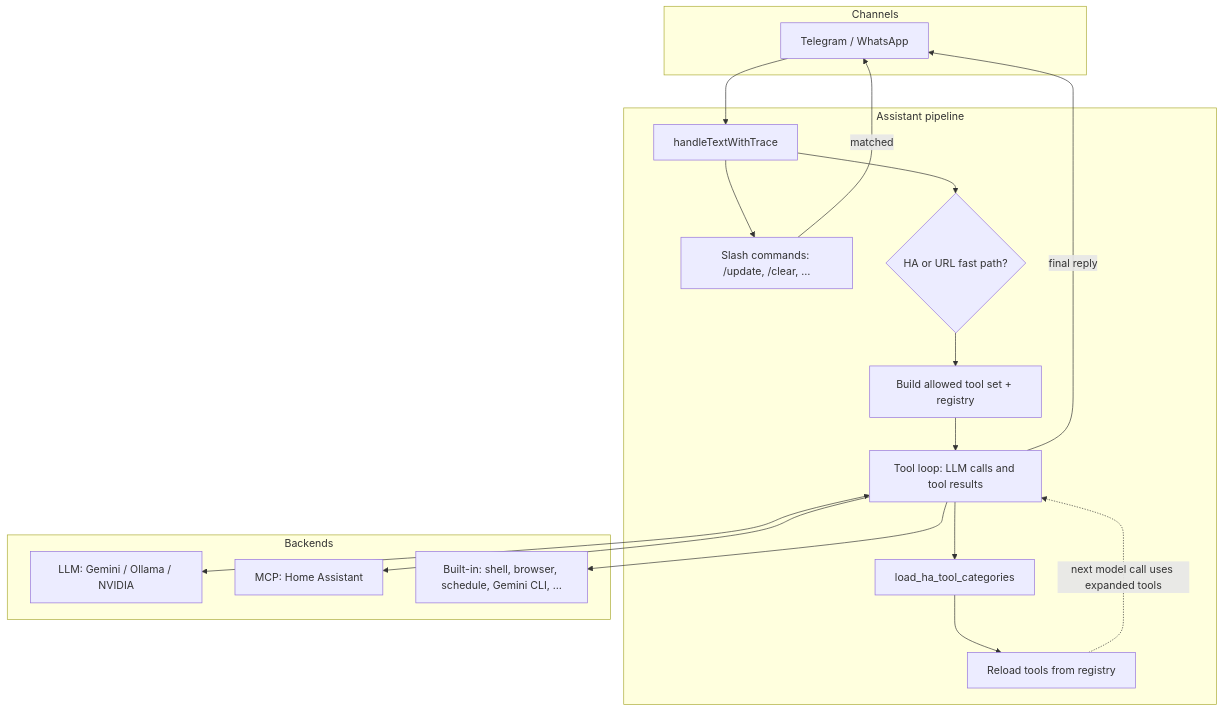
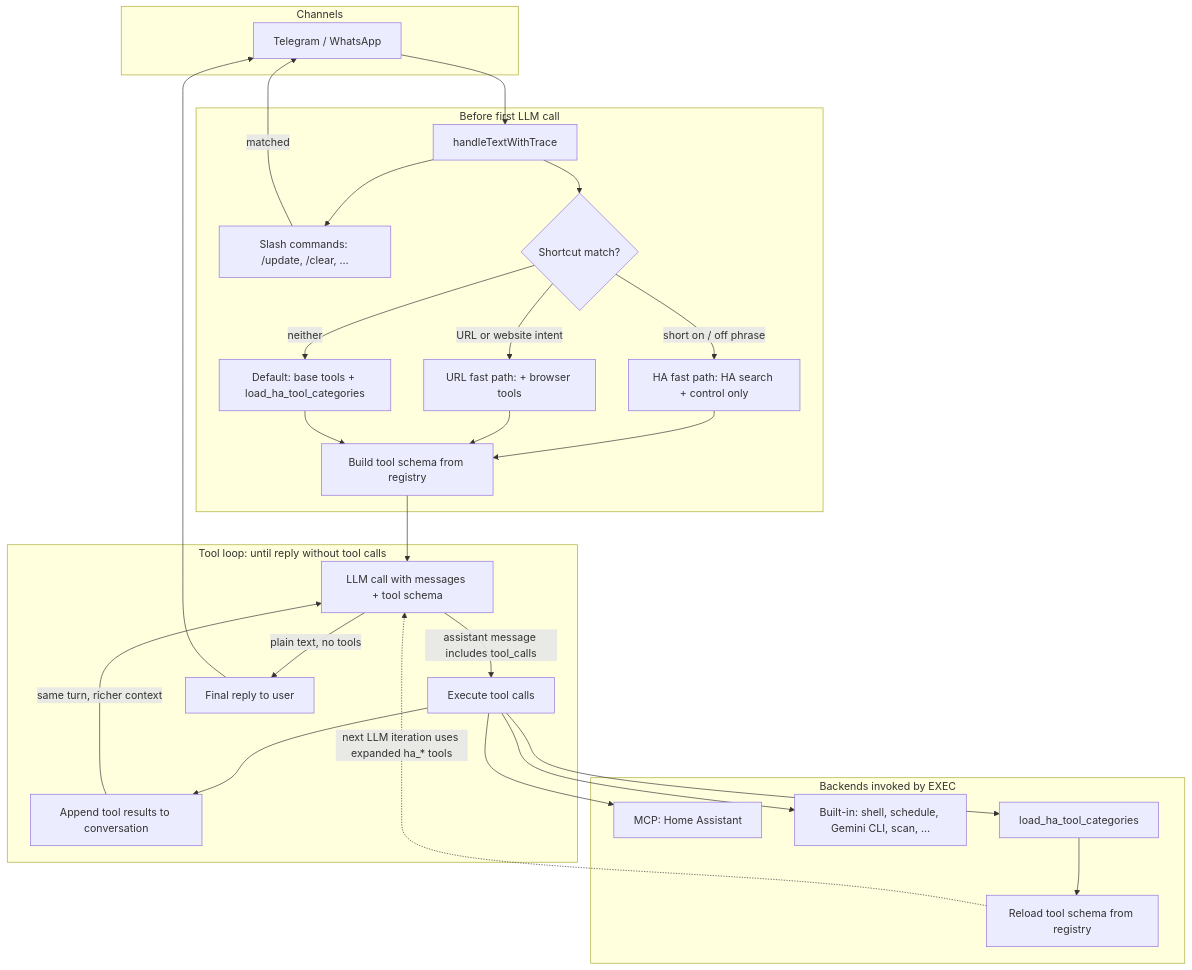
One commit to MaikUnglert/maikBot changed the diagram in README.md. Above: the diagram before and after it, drawn with Mermaid. The commit also changed other lines of this file, not shown here.

Commit message:
README architecture: clarify HA vs URL fast paths and tool-result loop
- Split routing into HA fast path, URL fast path, and default
- Document tool loop: execute tools, append results, call LLM again
- Mermaid: separate branches, EXEC→backends, reload feeds next LLM

````diff
--- a/README.md
+++ b/README.md
@@ -9,36 +13,53 @@
 ```mermaid
 flowchart TB
   subgraph channels [Channels]
     TG[Telegram / WhatsApp]
   end
 
-  subgraph pipeline [Assistant pipeline]
+  subgraph entry [Before first LLM call]
     H[handleTextWithTrace]
     SL[Slash commands: /update, /clear, …]
-    FP{HA or URL fast path?}
-    REG[Build allowed tool set + registry]
-    LOOP[Tool loop: LLM calls and tool results]
-    LHA[load_ha_tool_categories]
-    RLD[Reload tools from registry]
+    RT{Shortcut match?}
+    HAFP[HA fast path: HA search + control only]
+    URLFP[URL fast path: + browser tools]
+    DEF[Default: base tools + load_ha_tool_categories]
+    REG[Build tool schema from registry]
   end
 
-  subgraph providers [Backends]
-    LLM[LLM: Gemini / Ollama / NVIDIA]
+  subgraph loop [Tool loop: until reply without tool calls]
+    LLM[LLM call with messages + tool schema]
+    EXEC[Execute tool calls]
+    APP[Append tool results to conversation]
+    LLM -->|assistant message includes tool_calls| EXEC
+    EXEC --> APP
+    APP -->|same turn, richer context| LLM
+    LLM -->|plain text, no tools| OUT[Final reply to user]
+  end
+
+  subgraph backends [Backends invoked by EXEC]
     MCP[MCP: Home Assistant]
-    EXT[Built-in: shell, browser, schedule, Gemini CLI, …]
+    EXT[Built-in: shell, schedule, Gemini CLI, scan, …]
+    LHA[load_ha_tool_categories]
+    RLD[Reload tool schema from registry]
   end
 
   TG --> H
   H --> SL
   SL -->|matched| TG
-  H --> FP
-  FP --> REG
-  REG --> LOOP
-  LOOP <--> LLM
-  LOOP --> MCP
-  LOOP --> EXT
-  LOOP --> LHA
+  H --> RT
+  RT -->|short on / off phrase| HAFP
+  RT -->|URL or website intent| URLFP
+  RT -->|neither| DEF
+  HAFP --> REG
+  URLFP --> REG
+  DEF --> REG
+  REG --> LLM
+
+  EXEC --> MCP
+  EXEC --> EXT
+  EXEC --> LHA
   LHA --> RLD
-  RLD -.->|next model call uses expanded tools| LOOP
-  LOOP -->|final reply| TG
+  RLD -.->|next LLM iteration uses expanded ha_* tools| LLM
+
+  OUT --> TG
 ```
````
